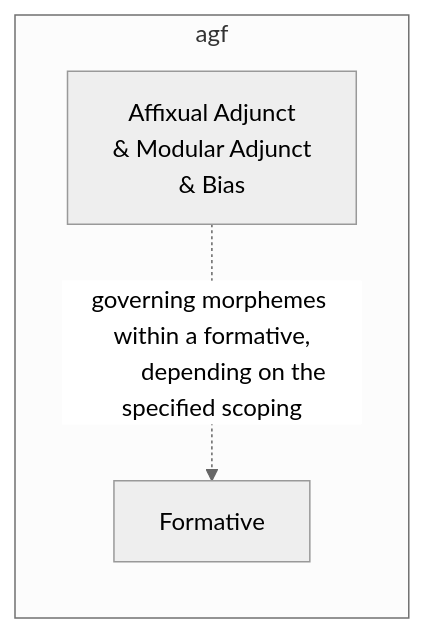
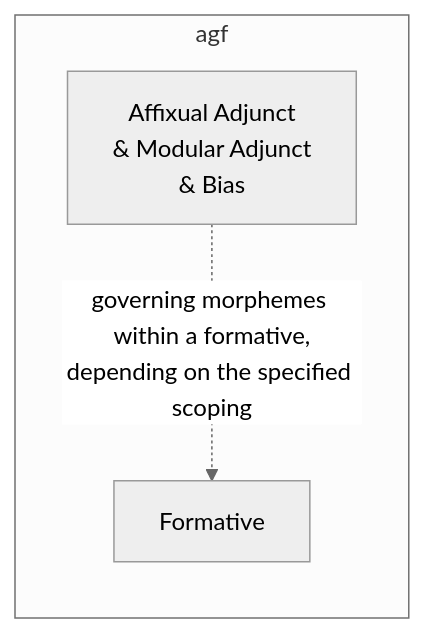
Before and after one commit to yuorb/yuorb.github.io: the fourth of 11 diagrams in src/en/draft/scoping.md, drawn with Mermaid (neutral theme). The commit also changed other lines of this file and 5 other files, not shown here.

````diff
--- a/src/en/draft/scoping.md
+++ b/src/en/draft/scoping.md
@@ -174,12 +174,12 @@
 ```mermaid
 flowchart TB
     subgraph agf
         direction TB
         cf["`Formative`"]
         aa["`Affixual Adjunct
         & Modular Adjunct
         & Bias`"]
-        aa-.->|governing morphemes within a formative,
-        depending on the specified scoping|cf
+        aa-.->|"`governing morphemes within a formative,
+        depending on the specified scoping`"|cf
     end
 ```
````
